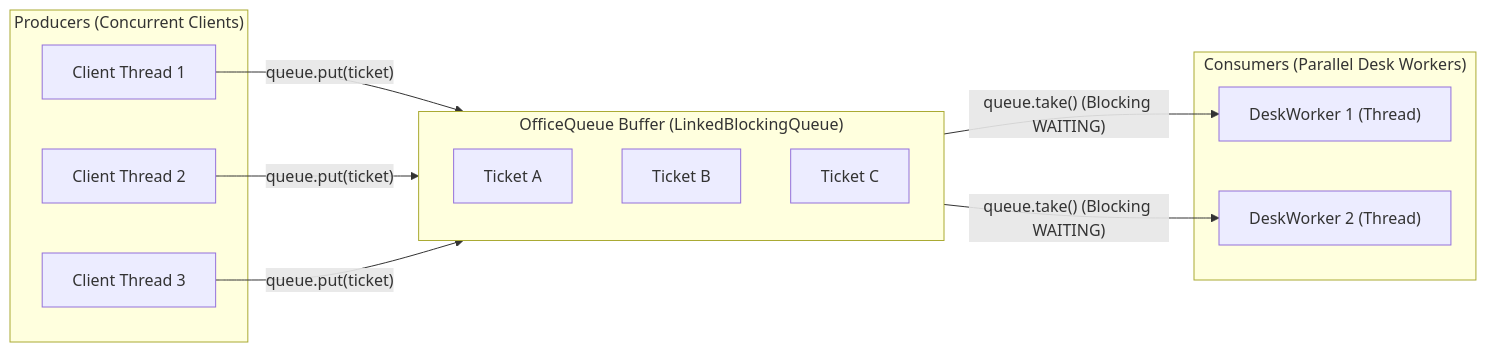
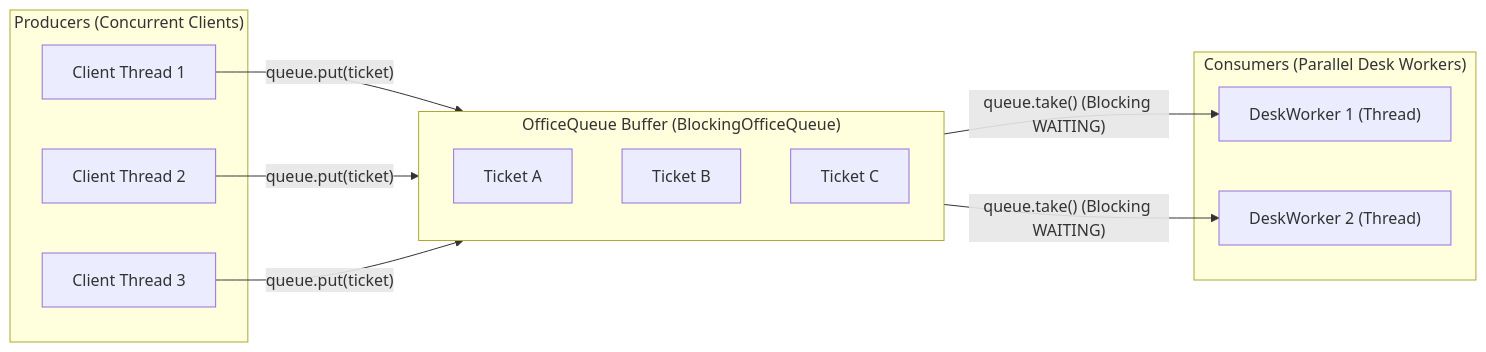
Before and after one commit to SovietskySoldatie/FacultyProject-CEBP: the fourth of 10 diagrams in reqs/reqs.md, drawn with Mermaid. The commit also changed other lines of this file, not shown here.

Commit message:
docs(reqs): update architecture, DI class diagrams, and fault specifications

````diff
--- a/reqs/reqs.md
+++ b/reqs/reqs.md
@@ -135,22 +214,22 @@
 ```mermaid
 flowchart LR
     subgraph Producers["Producers (Concurrent Clients)"]
         C1["Client Thread 1"]
         C2["Client Thread 2"]
         C3["Client Thread 3"]
     end
 
-    subgraph Queue["OfficeQueue Buffer (LinkedBlockingQueue)"]
+    subgraph Queue["OfficeQueue Buffer (BlockingOfficeQueue)"]
         T1["Ticket A"]
         T2["Ticket B"]
         T3["Ticket C"]
     end
 
     subgraph Consumers["Consumers (Parallel Desk Workers)"]
         D1["DeskWorker 1 (Thread)"]
         D2["DeskWorker 2 (Thread)"]
     end
 
     C1 & C2 & C3 -->|"queue.put(ticket)"| Queue
     Queue -->|"queue.take() (Blocking WAITING)"| D1 & D2
 ```
````
